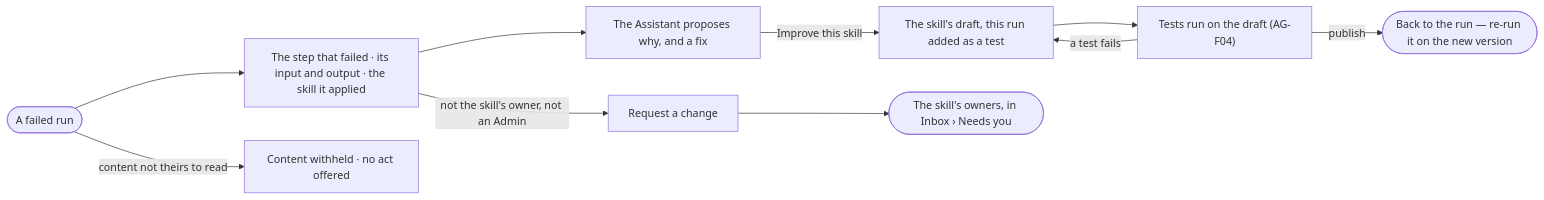
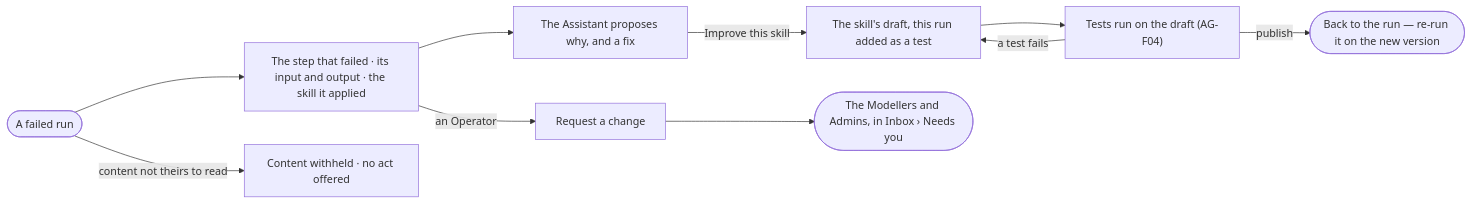
One commit to invana/invana changed the diagram in specs/os/control/features/CP-F10-runs-and-how-the-agents-are-doing/stories/CP-56-turn-a-failed-run-into-a-better-skill/story.md. Above: the diagram before and after it, drawn with Mermaid. The commit also changed other lines of this file and 300 other files, not shown here.

````diff
--- a/specs/os/control/features/CP-F10-runs-and-how-the-agents-are-doing/stories/CP-56-turn-a-failed-run-into-a-better-skill/story.md
+++ b/specs/os/control/features/CP-F10-runs-and-how-the-agents-are-doing/stories/CP-56-turn-a-failed-run-into-a-better-skill/story.md
@@ -26,11 +26,11 @@
 ```mermaid
 flowchart LR
   r([A failed run]) --> s["The step that failed · its input and output · the skill it applied"]
   r -->|content not theirs to read| w["Content withheld · no act offered"]
   s --> p["The Assistant proposes why, and a fix"]
   p -->|Improve this skill| d["The skill's draft, this run added as a test"]
   d --> t["Tests run on the draft (AG-F04)"]
   t -->|publish| b(["Back to the run — re-run it on the new version"])
   t -->|a test fails| d
-  s -->|not the skill's owner, not an Admin| q["Request a change"] --> i(["The skill's owners, in Inbox › Needs you"])
+  s -->|an Operator| q["Request a change"] --> i(["The Modellers and Admins, in Inbox › Needs you"])
 ```
````
